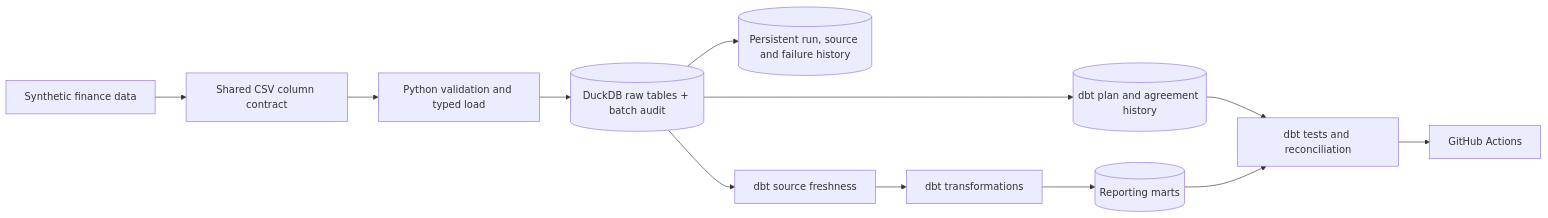
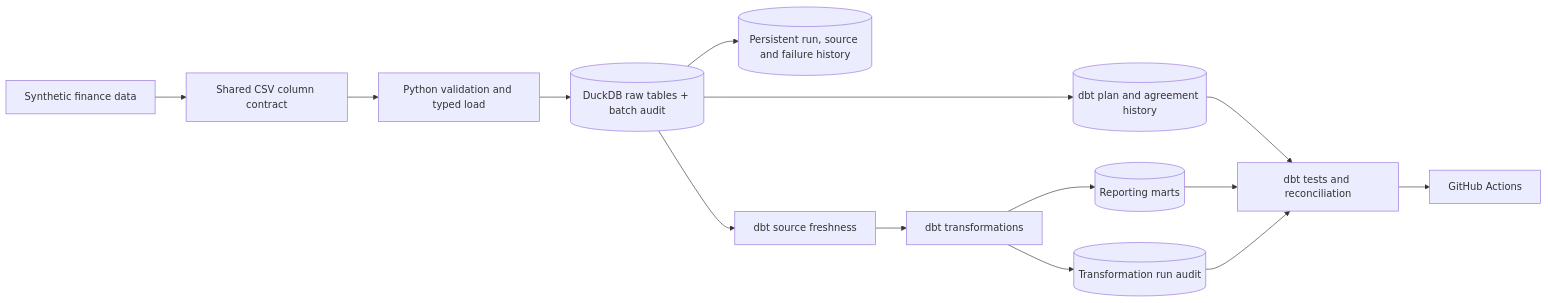
The diagram in README.md (Wasim-Jussab/finance-analytics-engineering-portfolio), drawn with Mermaid before and after one commit. The commit also changed other lines of this file and 9 other files, not shown here.

````diff
--- a/README.md
+++ b/README.md
@@ -11,14 +11,16 @@
 ```mermaid
 flowchart LR
     A["Synthetic finance data"] --> B["Shared CSV column contract"]
     B --> C["Python validation and typed load"]
     C --> J[("DuckDB raw tables + batch audit")]
     J --> I[("Persistent run, source and failure history")]
     J --> H["dbt source freshness"]
     J --> K[("dbt plan and agreement history")]
     H --> D["dbt transformations"]
     D --> E[("Reporting marts")]
+    D --> L[("Transformation run audit")]
     K --> F["dbt tests and reconciliation"]
     E --> F["dbt tests and reconciliation"]
+    L --> F["dbt tests and reconciliation"]
     F --> G["GitHub Actions"]
 ```
````
